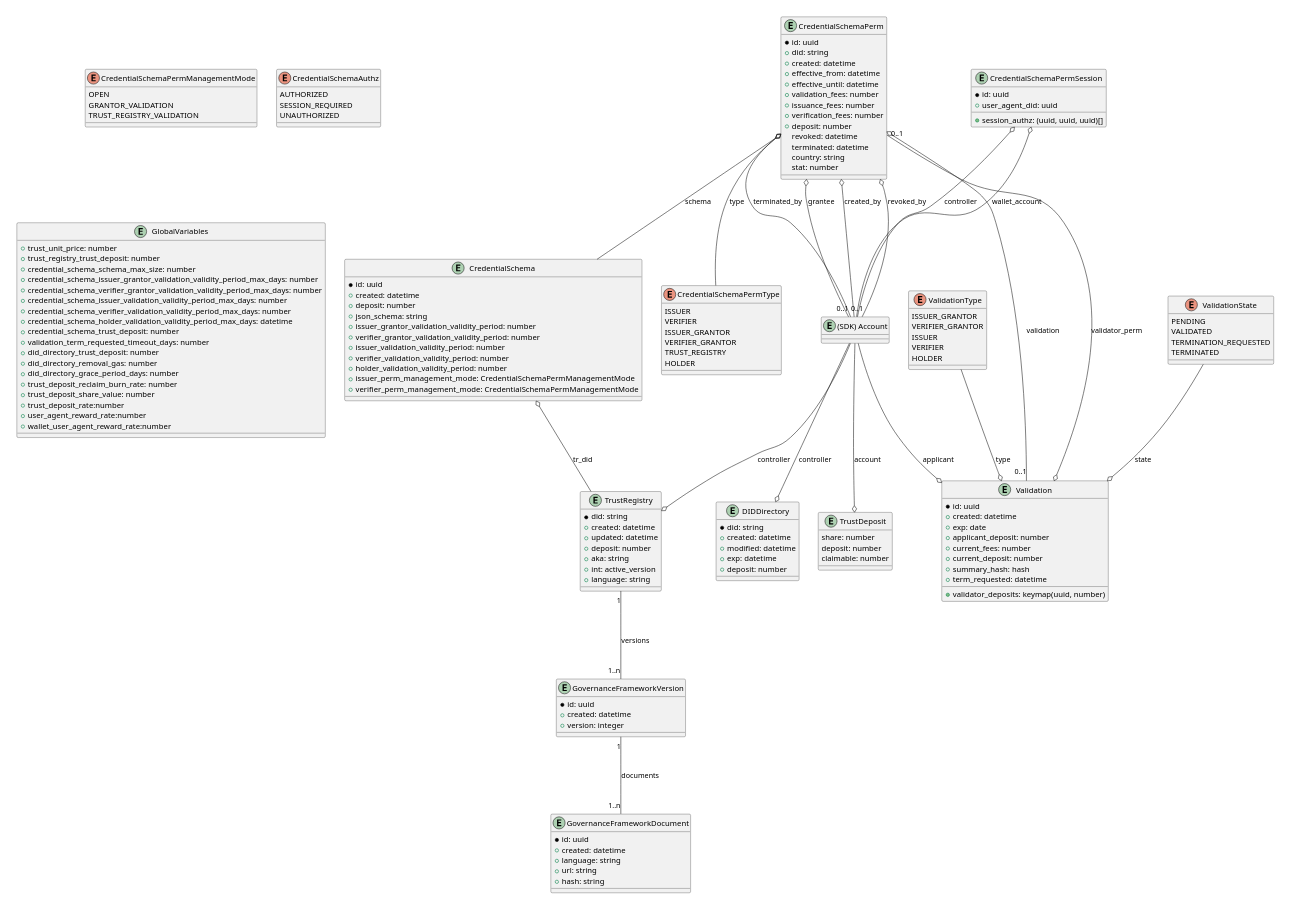
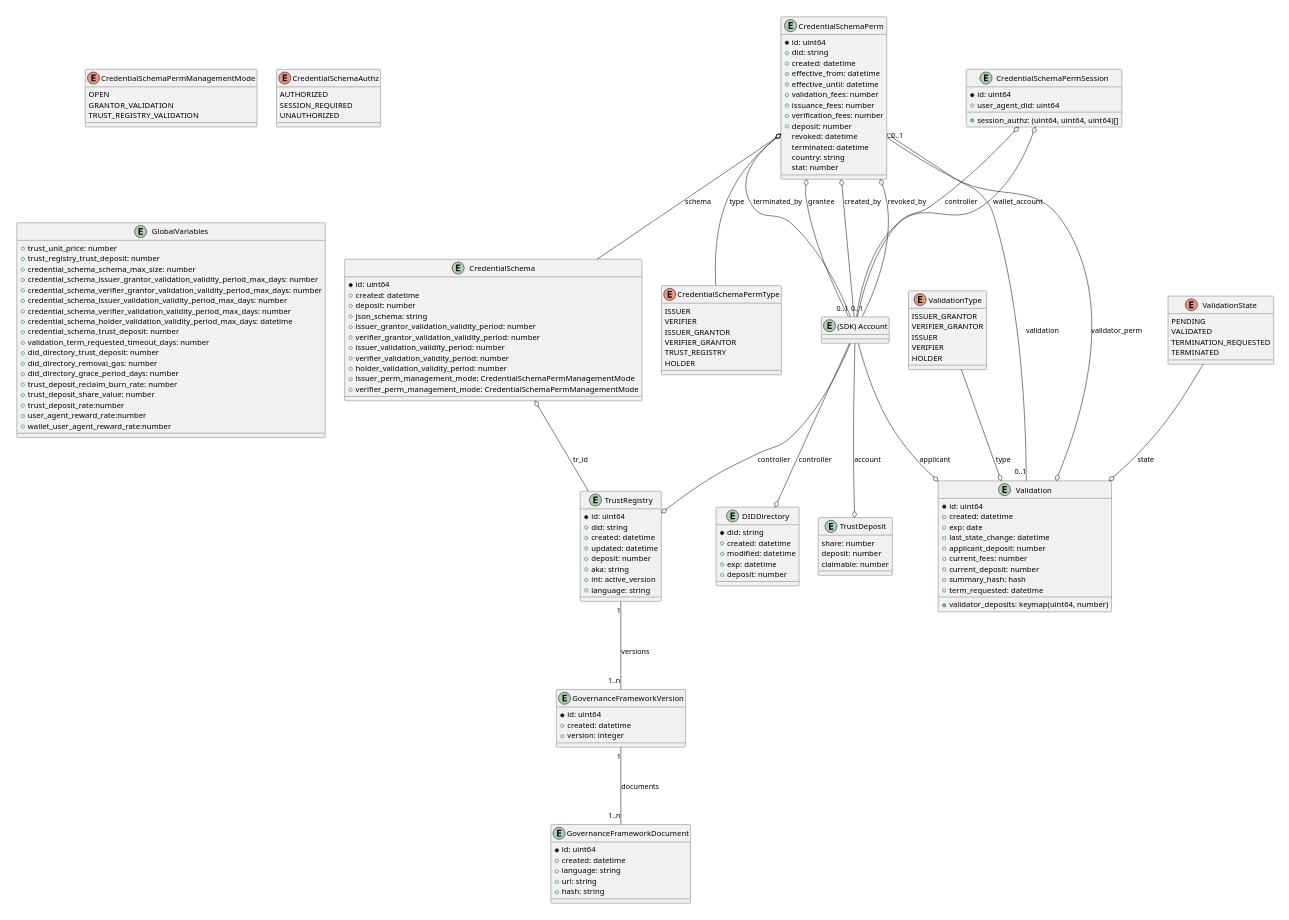
Before and after one commit to verana-labs/verifiable-trust-vpr-spec: the sixth of 12 diagrams in spec.md, drawn with PlantUML. The commit also changed other lines of this file and 1 other file, not shown here.

Commit message:
- switched to uint64 for most IDs - kept UUID for CSPS as ID must be generated by user agent

```diff
--- a/spec.md
+++ b/spec.md
@@ -648,7 +648,8 @@
 scale max 800 width
 
 entity "TrustRegistry" as tr {
-  *did: string
+  *id: uint64
+  +did: string
   +created: datetime
   +updated: datetime
   +deposit: number
@@ -658,13 +659,13 @@
 }
 
 entity "GovernanceFrameworkVersion" as gfv {
-  *id: uuid
+  *id: uint64
   +created: datetime
   +version: integer
 }
 
 entity "GovernanceFrameworkDocument" as gfd {
-  *id: uuid
+  *id: uint64
   +created: datetime
   +language: string
   +url: string
@@ -673,7 +674,7 @@
 
 
 entity "CredentialSchema" as cs {
-  *id: uuid
+  *id: uint64
   +created: datetime
   +deposit: number
   +json_schema: string
@@ -696,7 +697,7 @@
 }
 
 entity "CredentialSchemaPerm" as csp {
-  *id: uuid
+  *id: uint64
   +did: string
   +created: datetime
   +effective_from: datetime
@@ -712,9 +713,9 @@
 }
 
 entity "CredentialSchemaPermSession" as csps {
-  *id: uuid
-  +user_agent_did: uuid
-  +session_authz: (uuid, uuid, uuid)[]
+  *id: uint64
+  +user_agent_did: uint64
+  +session_authz: (uint64, uint64, uint64)[]
 }
 
 enum "CredentialSchemaPermType" as cspt {
@@ -769,11 +770,12 @@
 }
 
 entity "Validation" as val {
-  *id: uuid
+  *id: uint64
   +created: datetime
   +exp: date
+  +last_state_change: datetime
   +applicant_deposit: number
-  +validator_deposits: keymap(uuid, number)
+  +validator_deposits: keymap(uint64, number)
   +current_fees: number
   +current_deposit: number
   +summary_hash: hash
@@ -798,7 +800,7 @@
 csp o-- cspt: type
 csp o-- cs: schema
 csp o-- "0..1" val: validation
-cs o-- tr: tr_did
+cs o-- tr: tr_id
 
 val o-- "0..1" csp: validator_perm
 
```
